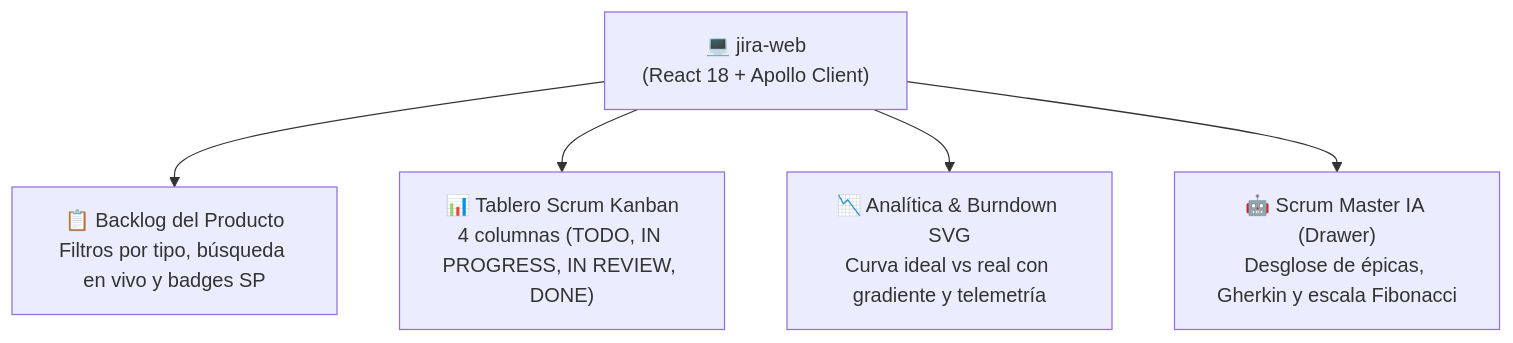
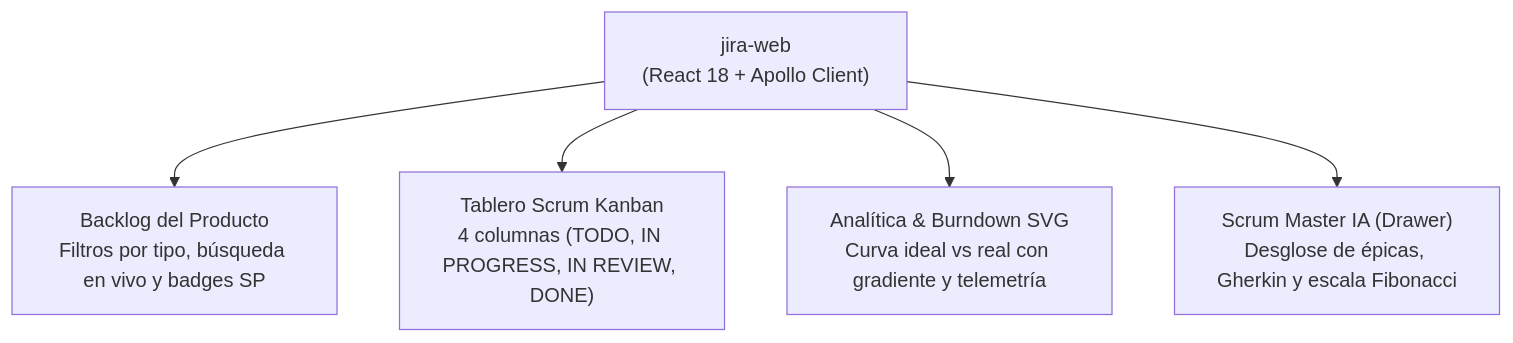
The diagram in README.md (ElMatsiii/jira-web), drawn with Mermaid before and after one commit. The commit also changed other lines of this file and 1 other file, not shown here.

````diff
--- a/README.md
+++ b/README.md
@@ -16,9 +16,9 @@
 ```mermaid
 flowchart TD
-    SPA["💻 jira-web\n(React 18 + Apollo Client)"]
+    SPA["jira-web\n(React 18 + Apollo Client)"]
     
-    SPA --> V1["📋 Backlog del Producto\nFiltros por tipo, búsqueda en vivo y badges SP"]
-    SPA --> V2["📊 Tablero Scrum Kanban\n4 columnas (TODO, IN PROGRESS, IN REVIEW, DONE)"]
-    SPA --> V3["📉 Analítica & Burndown SVG\nCurva ideal vs real con gradiente y telemetría"]
-    SPA --> V4["🤖 Scrum Master IA (Drawer)\nDesglose de épicas, Gherkin y escala Fibonacci"]
+    SPA --> V1["Backlog del Producto\nFiltros por tipo, búsqueda en vivo y badges SP"]
+    SPA --> V2["Tablero Scrum Kanban\n4 columnas (TODO, IN PROGRESS, IN REVIEW, DONE)"]
+    SPA --> V3["Analítica & Burndown SVG\nCurva ideal vs real con gradiente y telemetría"]
+    SPA --> V4["Scrum Master IA (Drawer)\nDesglose de épicas, Gherkin y escala Fibonacci"]
 ```
````
